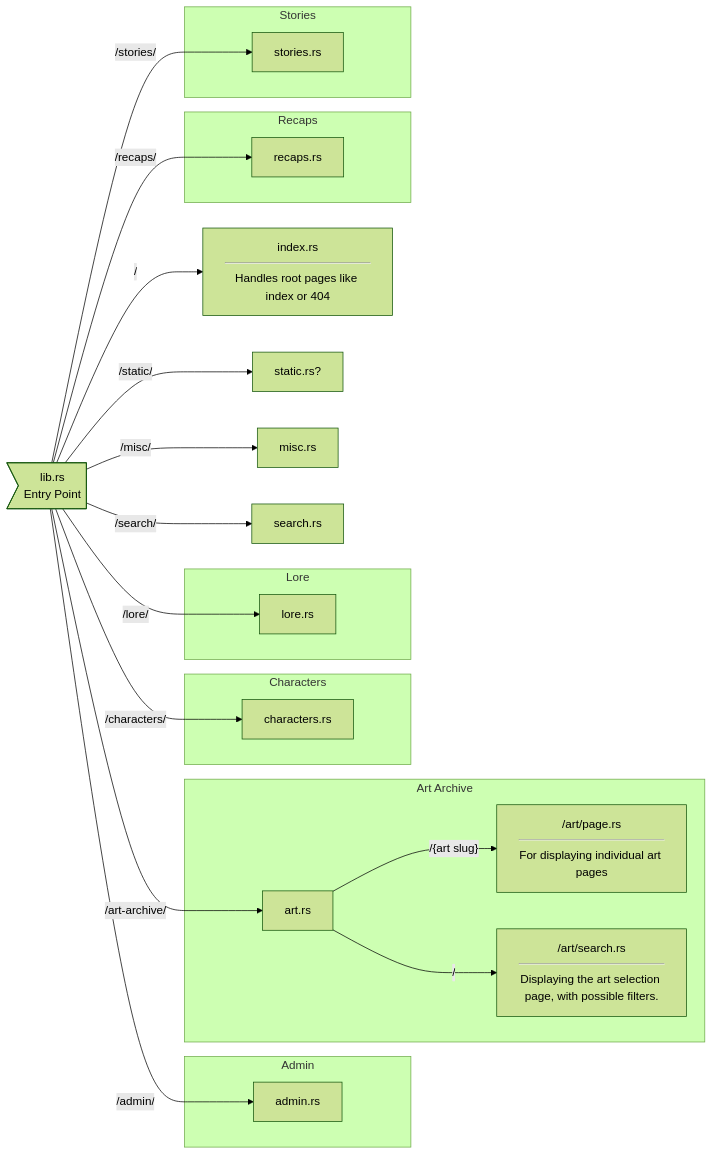
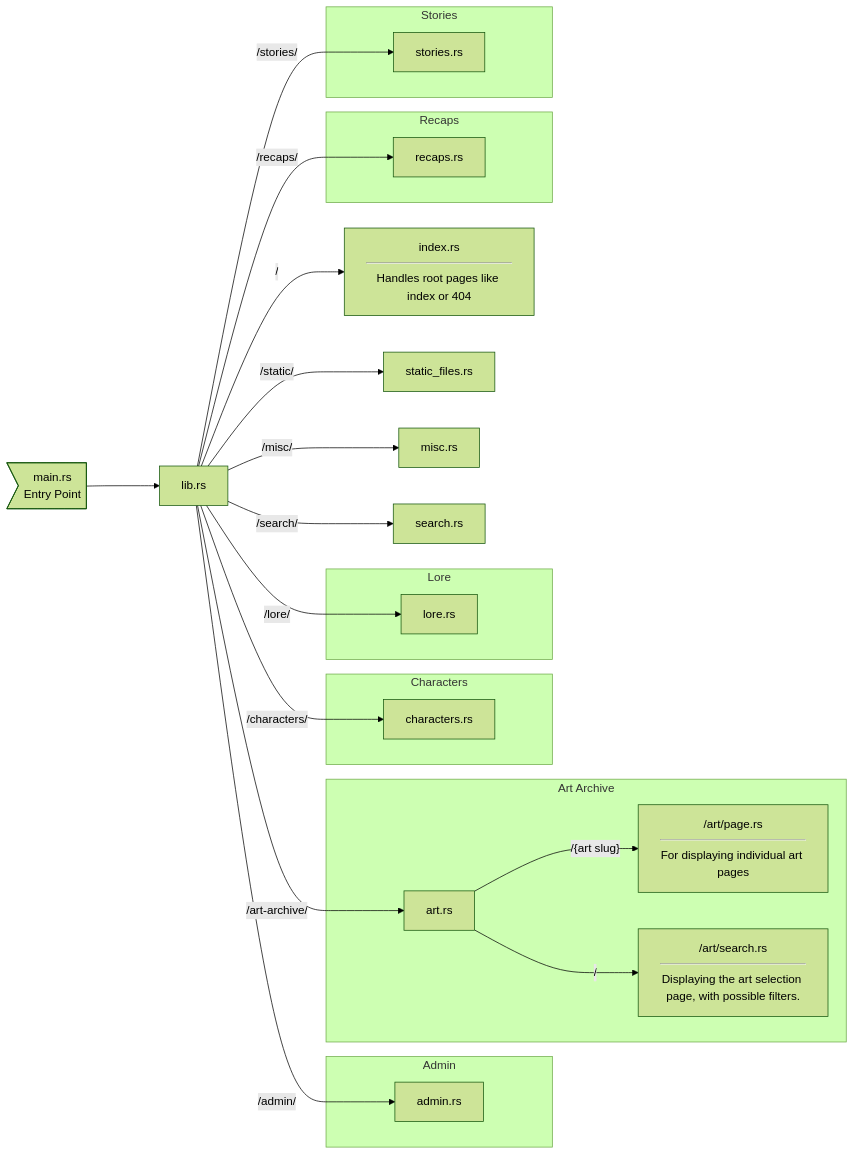
Before and after one commit to optimisticlucio/powerdown-wiki: the diagram in concept/code.md, drawn with Mermaid (forest theme). The commit also changed 9 other files, not shown here.

````diff
--- a/concept/code.md
+++ b/concept/code.md
@@ -15,52 +15,56 @@
 ```mermaid
 graph LR
 
-lib>"lib.rs<br/>Entry Point"]
+main>"main.rs<br/>Entry Point"]
+
+lib["lib.rs"]
 
 index["index.rs<hr/>Handles root pages like index or 404"]
 
 subgraph Admin
     admin["admin.rs"]
 end
 
 subgraph Art Archive
     art["art.rs"]
     art-page["/art/page.rs<hr/>For displaying individual art pages"]
     art-search["/art/search.rs<hr/>Displaying the art selection page, with possible filters."]
 
     art -- "/{art slug}" --> art-page
     art -- "/" --> art-search
 end
 
 subgraph Characters
     char["characters.rs"]
 end
 
 subgraph Lore
     lore["lore.rs"]
 end
 
 subgraph Recaps
     recaps["recaps.rs"]
 end
 
 subgraph Stories
     stories["stories.rs"]
 end
 
-static["static.rs?"]
+static["static_files.rs"]
 misc["misc.rs"]
 search["search.rs"]
+
+main ---> lib
 
 lib -- "/" --> index
 lib -- "/art-archive/" --> art
 lib -- "/characters/" --> char
 lib -- "/stories/" --> stories
 lib -- "/lore/" --> lore
 lib -- "/recaps/" --> recaps
 lib -- "/static/" --> static
 lib -- "/misc/" --> misc
 lib -- "/admin/" --> admin
 lib -- "/search/" --> search
 
 ```
````
